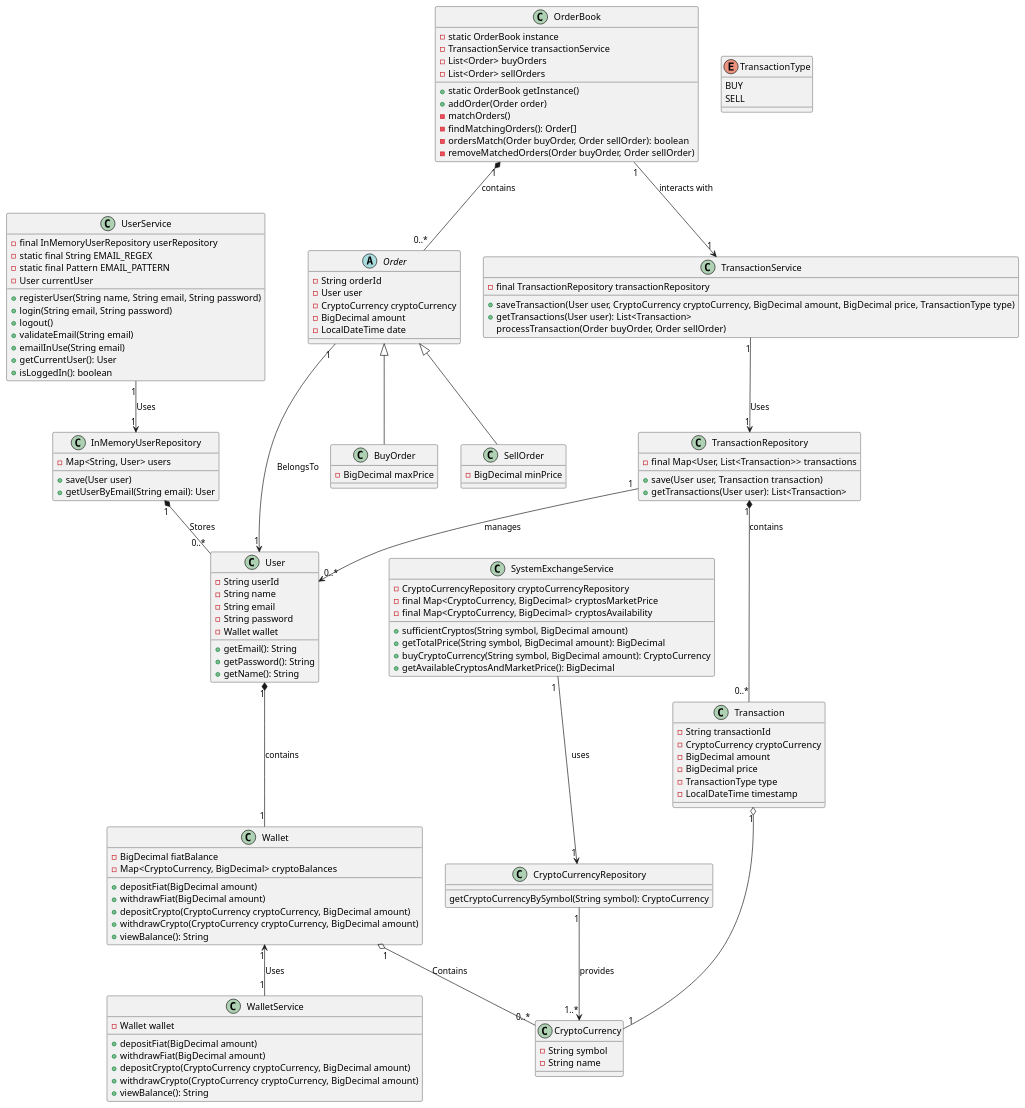
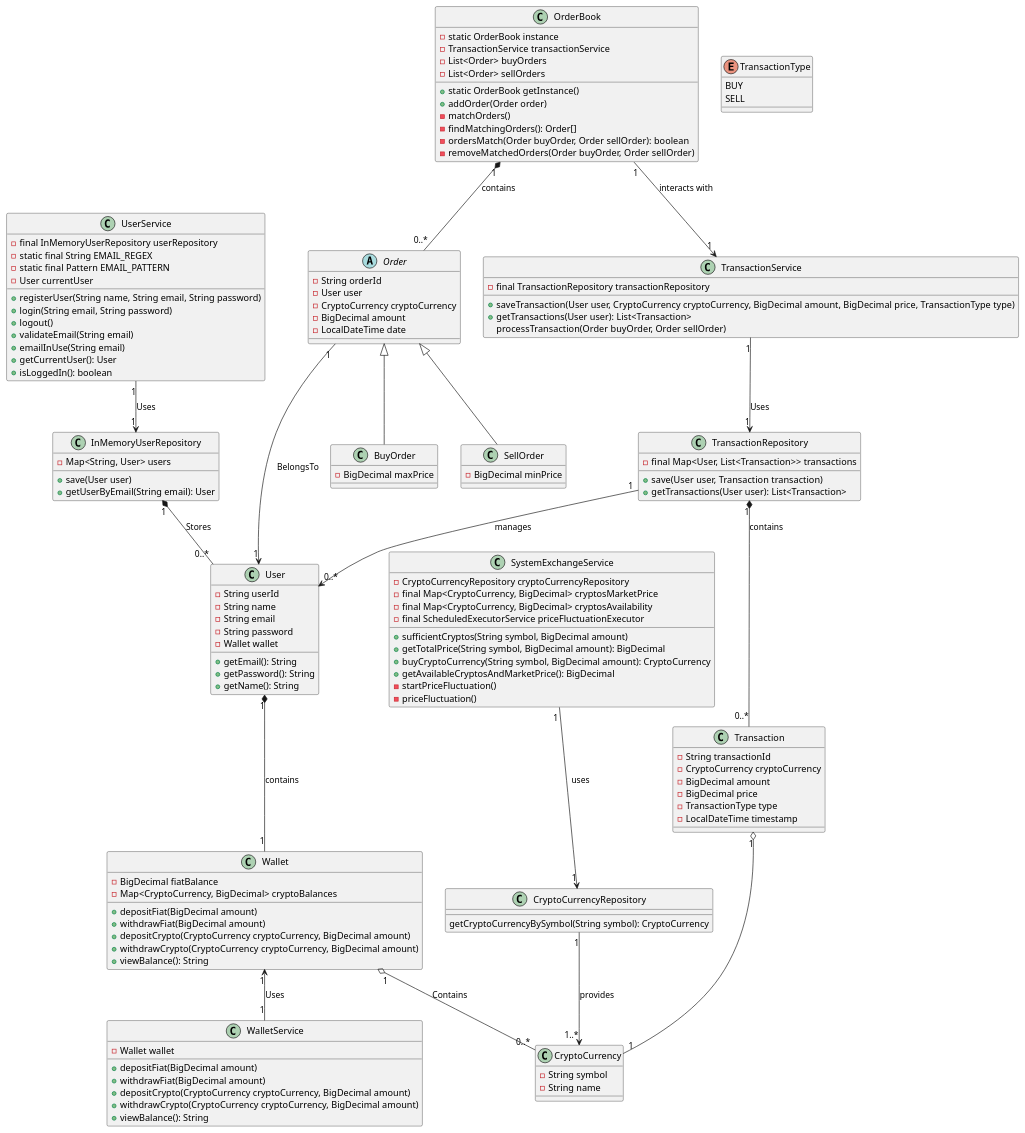
One commit to LeynderS/crypto_exchange_system changed the diagram in diagram/class_diagram.puml. Above: the diagram before and after it, drawn with PlantUML. The commit also changed 5 other files, not shown here.

First line of the commit message:
Implement price fluctuation feature in the market

```diff
--- a/diagram/class_diagram.puml
+++ b/diagram/class_diagram.puml
@@ -1,146 +1,149 @@
 @startuml
 
 class UserService{
 -final InMemoryUserRepository userRepository
 -static final String EMAIL_REGEX
 -static final Pattern EMAIL_PATTERN
 -User currentUser
 +registerUser(String name, String email, String password)
 +login(String email, String password)
 +logout()
 +validateEmail(String email)
 +emailInUse(String email)
 +getCurrentUser(): User
 +isLoggedIn(): boolean
 }
 
 class InMemoryUserRepository {
   -Map<String, User> users
   +save(User user)
   +getUserByEmail(String email): User
 }
 
 class User {
 -String userId
 -String name
 -String email
 -String password
 -Wallet wallet
 +getEmail(): String
 +getPassword(): String
 +getName(): String
 }
 
 class WalletService{
 -Wallet wallet
 +depositFiat(BigDecimal amount)
 +withdrawFiat(BigDecimal amount)
 +depositCrypto(CryptoCurrency cryptoCurrency, BigDecimal amount)
 +withdrawCrypto(CryptoCurrency cryptoCurrency, BigDecimal amount)
 +viewBalance(): String
 }
 
 class Wallet {
 -BigDecimal fiatBalance
 -Map<CryptoCurrency, BigDecimal> cryptoBalances
 +depositFiat(BigDecimal amount)
 +withdrawFiat(BigDecimal amount)
 +depositCrypto(CryptoCurrency cryptoCurrency, BigDecimal amount)
 +withdrawCrypto(CryptoCurrency cryptoCurrency, BigDecimal amount)
 +viewBalance(): String
 }
 
 class CryptoCurrencyRepository{
 getCryptoCurrencyBySymbol(String symbol): CryptoCurrency
 }
 
 class SystemExchangeService{
 -CryptoCurrencyRepository cryptoCurrencyRepository
 -final Map<CryptoCurrency, BigDecimal> cryptosMarketPrice
 -final Map<CryptoCurrency, BigDecimal> cryptosAvailability
+-final ScheduledExecutorService priceFluctuationExecutor
 +sufficientCryptos(String symbol, BigDecimal amount)
 +getTotalPrice(String symbol, BigDecimal amount): BigDecimal
 +buyCryptoCurrency(String symbol, BigDecimal amount): CryptoCurrency
 +getAvailableCryptosAndMarketPrice(): BigDecimal
+-startPriceFluctuation()
+-priceFluctuation()
 }
 
 abstract class Order {
 -String orderId
 -User user
 -CryptoCurrency cryptoCurrency
 -BigDecimal amount
 -LocalDateTime date
 }
 
 class BuyOrder {
 -BigDecimal maxPrice
 }
 
 class SellOrder{
 -BigDecimal minPrice
 }
 
 class OrderBook{
 -static OrderBook instance
 -TransactionService transactionService
 -List<Order> buyOrders
 -List<Order> sellOrders
 +static OrderBook getInstance()
 +addOrder(Order order)
 -matchOrders()
 -findMatchingOrders(): Order[]
 -ordersMatch(Order buyOrder, Order sellOrder): boolean
 -removeMatchedOrders(Order buyOrder, Order sellOrder)
 }
 
 class TransactionRepository {
 -final Map<User, List<Transaction>> transactions
 +save(User user, Transaction transaction)
 +getTransactions(User user): List<Transaction>
 }
 
 class Transaction {
 -String transactionId
 -CryptoCurrency cryptoCurrency
 -BigDecimal amount
 -BigDecimal price
 -TransactionType type
 -LocalDateTime timestamp
 }
 
 class TransactionService {
 -final TransactionRepository transactionRepository
 +saveTransaction(User user, CryptoCurrency cryptoCurrency, BigDecimal amount, BigDecimal price, TransactionType type)
 +getTransactions(User user): List<Transaction>
 processTransaction(Order buyOrder, Order sellOrder)
 }
 
 
 class CryptoCurrency {
 -String symbol
 -String name
 }
 
 enum TransactionType {
 BUY
 SELL
 }
 
 UserService "1" --> "1" InMemoryUserRepository : Uses
 InMemoryUserRepository "1" *-- "0..*" User : Stores
 User "1" *-- "1" Wallet : contains
 Wallet "1" <-- "1" WalletService : Uses
 Wallet "1" o-- "0..*" CryptoCurrency : Contains
 CryptoCurrencyRepository "1" --> "1..*" CryptoCurrency : provides
 SystemExchangeService "1 "--> "1" CryptoCurrencyRepository : uses
 Order <|-- BuyOrder
 Order <|-- SellOrder
 OrderBook "1" *-- "0..*" Order : contains
 OrderBook "1" --> "1" TransactionService : interacts with
 TransactionRepository "1" *-- "0..*" Transaction: contains
 TransactionService "1" --> "1" TransactionRepository : Uses
 Transaction "1" o-- "1" CryptoCurrency
 Order "1" --> "1" User : BelongsTo
 TransactionRepository "1" --> "0..*" User : manages
 
 @enduml
```
